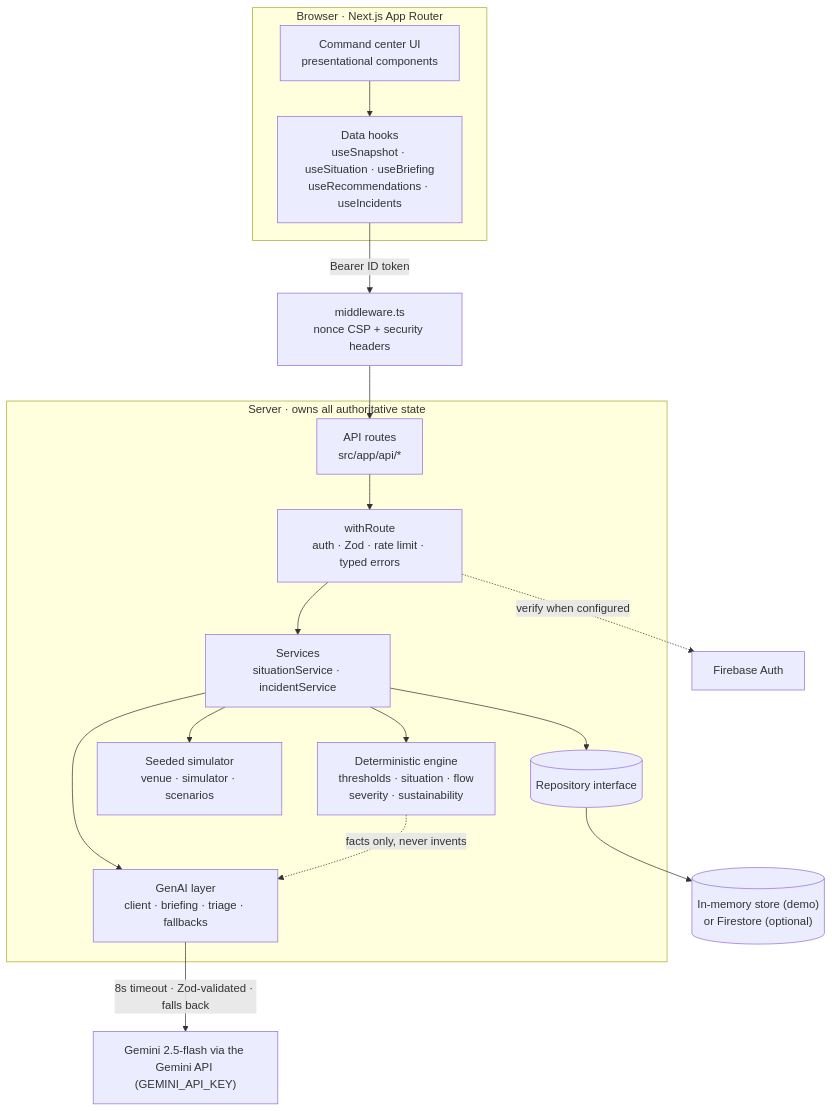
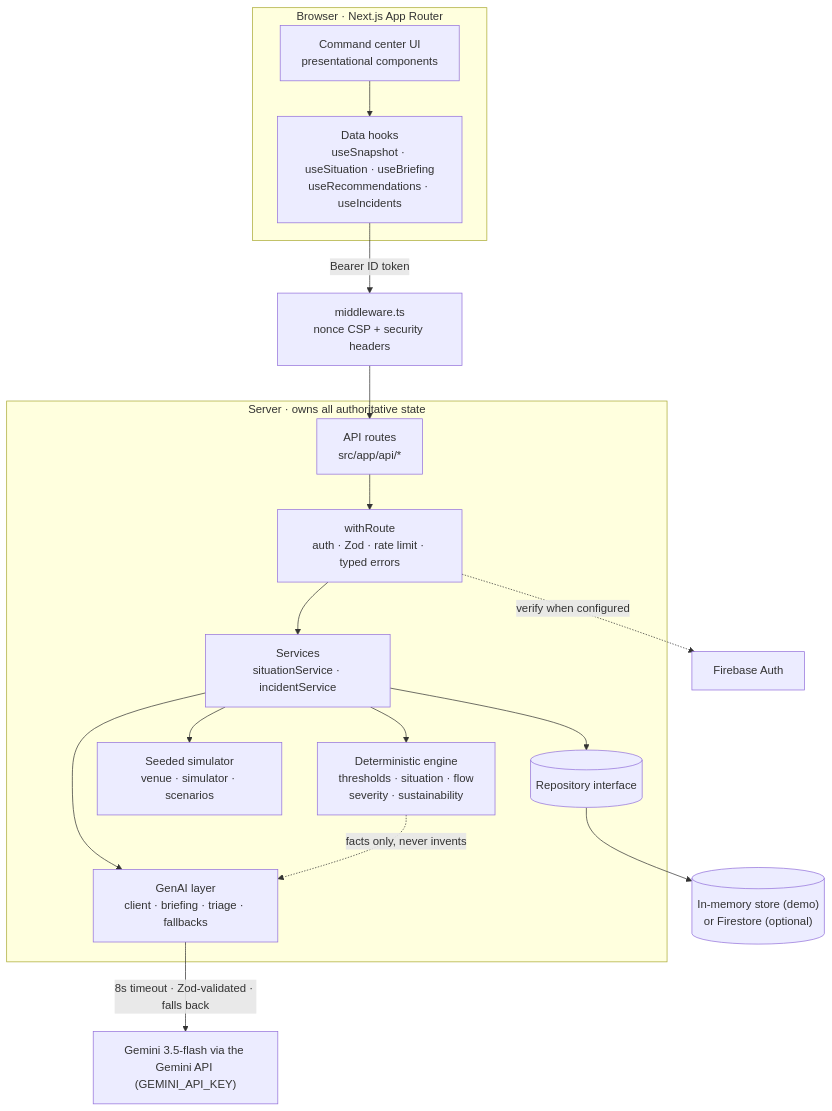
Before and after one commit to vthanishka/sentinel: the diagram in README.md, drawn with Mermaid. The commit also changed other lines of this file and 7 other files, not shown here.

First line of the commit message:
Use gemini-3.5-flash: 2.5-flash is gated for new API keys

````diff
--- a/README.md
+++ b/README.md
@@ -68,26 +68,26 @@
 ```mermaid
 flowchart TD
     subgraph client [Browser · Next.js App Router]
       UI[Command center UI<br/>presentational components]
       HK[Data hooks<br/>useSnapshot · useSituation · useBriefing<br/>useRecommendations · useIncidents]
       UI --> HK
     end
 
     HK -->|"Bearer ID token"| MW[middleware.ts<br/>nonce CSP + security headers]
     MW --> RT[API routes<br/>src/app/api/*]
 
     subgraph server [Server · owns all authoritative state]
       RT --> H[withRoute<br/>auth · Zod · rate limit · typed errors]
       H --> SVC[Services<br/>situationService · incidentService]
       SVC --> ENG[Deterministic engine<br/>thresholds · situation · flow<br/>severity · sustainability]
       SVC --> SIM[Seeded simulator<br/>venue · simulator · scenarios]
       SVC --> AI[GenAI layer<br/>client · briefing · triage · fallbacks]
       SVC --> REPO[(Repository interface)]
     end
 
-    AI -->|"8s timeout · Zod-validated · falls back"| GEM["Gemini 2.5-flash via the Gemini API (GEMINI_API_KEY)"]
+    AI -->|"8s timeout · Zod-validated · falls back"| GEM["Gemini 3.5-flash via the Gemini API (GEMINI_API_KEY)"]
     REPO --> STORE[("In-memory store (demo)<br/>or Firestore (optional)")]
     H -.->|verify when configured| FA[Firebase Auth]
 
     ENG -. "facts only, never invents" .-> AI
 ```
````
